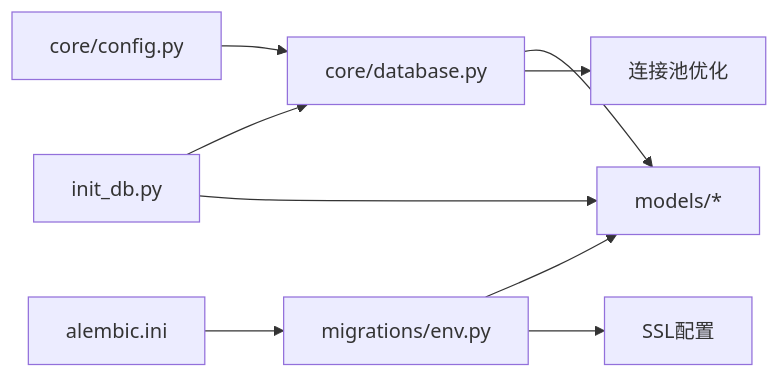
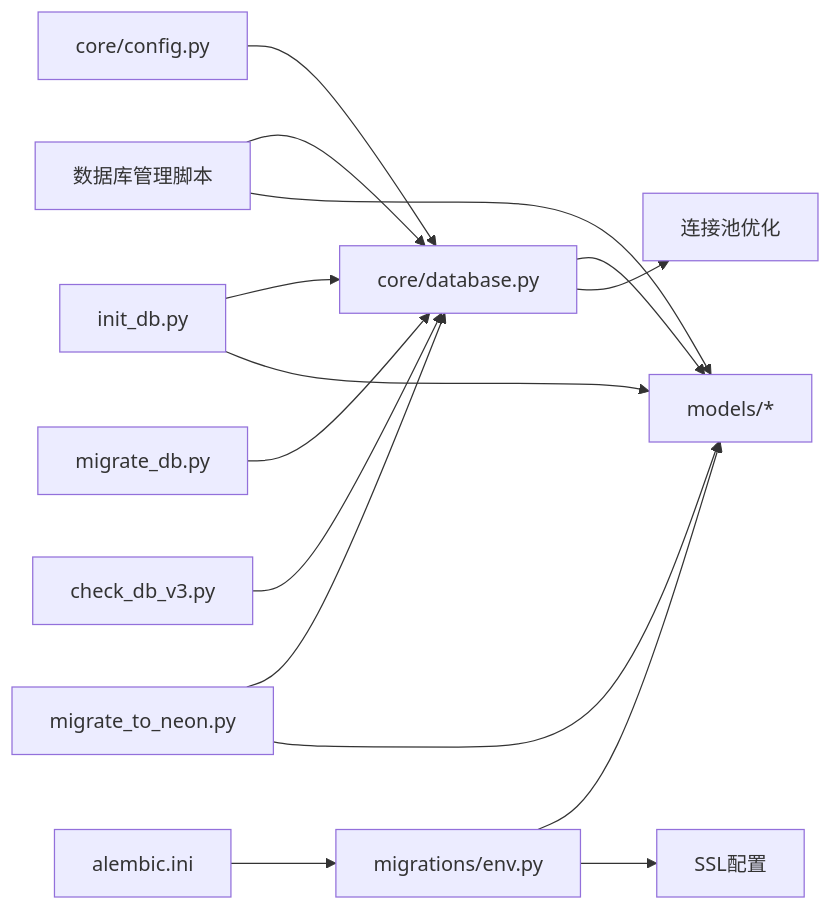
Before and after one commit to breeze-lyf/ai-stock-advisor: the sixth of 6 diagrams in .qoder/repowiki/zh/content/数据库设计/数据库设计.md, drawn with Mermaid. The commit also changed other lines of this file and 11 other files, not shown here.

````diff
--- a/.qoder/repowiki/zh/content/数据库设计/数据库设计.md
+++ b/.qoder/repowiki/zh/content/数据库设计/数据库设计.md
@@ -546,11 +693,17 @@
 ```mermaid
 graph LR
 cfg["core/config.py"] --> db["core/database.py"]
 db --> mdl["models/*"]
 alembic["alembic.ini"] --> env["migrations/env.py"]
 env --> mdl
+scripts["数据库管理脚本"] --> db
+scripts --> mdl
 init["init_db.py"] --> db
 init --> mdl
+mt["migrate_to_neon.py"] --> db
+mt --> mdl
+md["migrate_db.py"] --> db
+cd["check_db_v3.py"] --> db
 env --> ssl["SSL配置"]
 db --> pool["连接池优化"]
 ```
````
